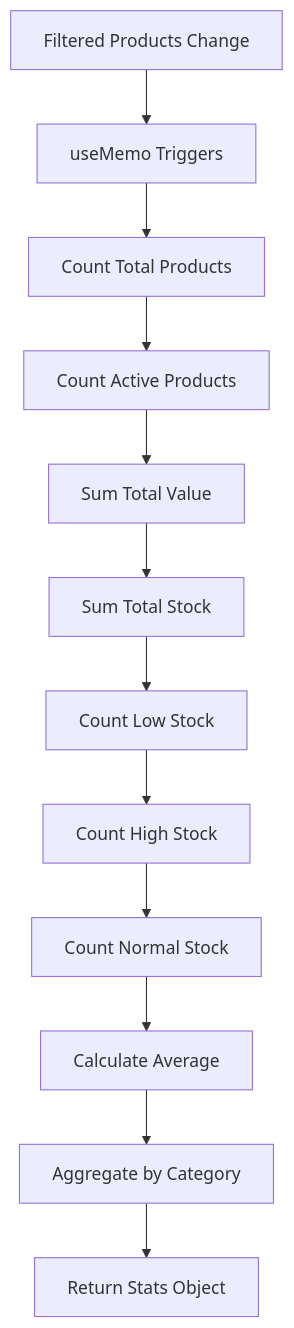
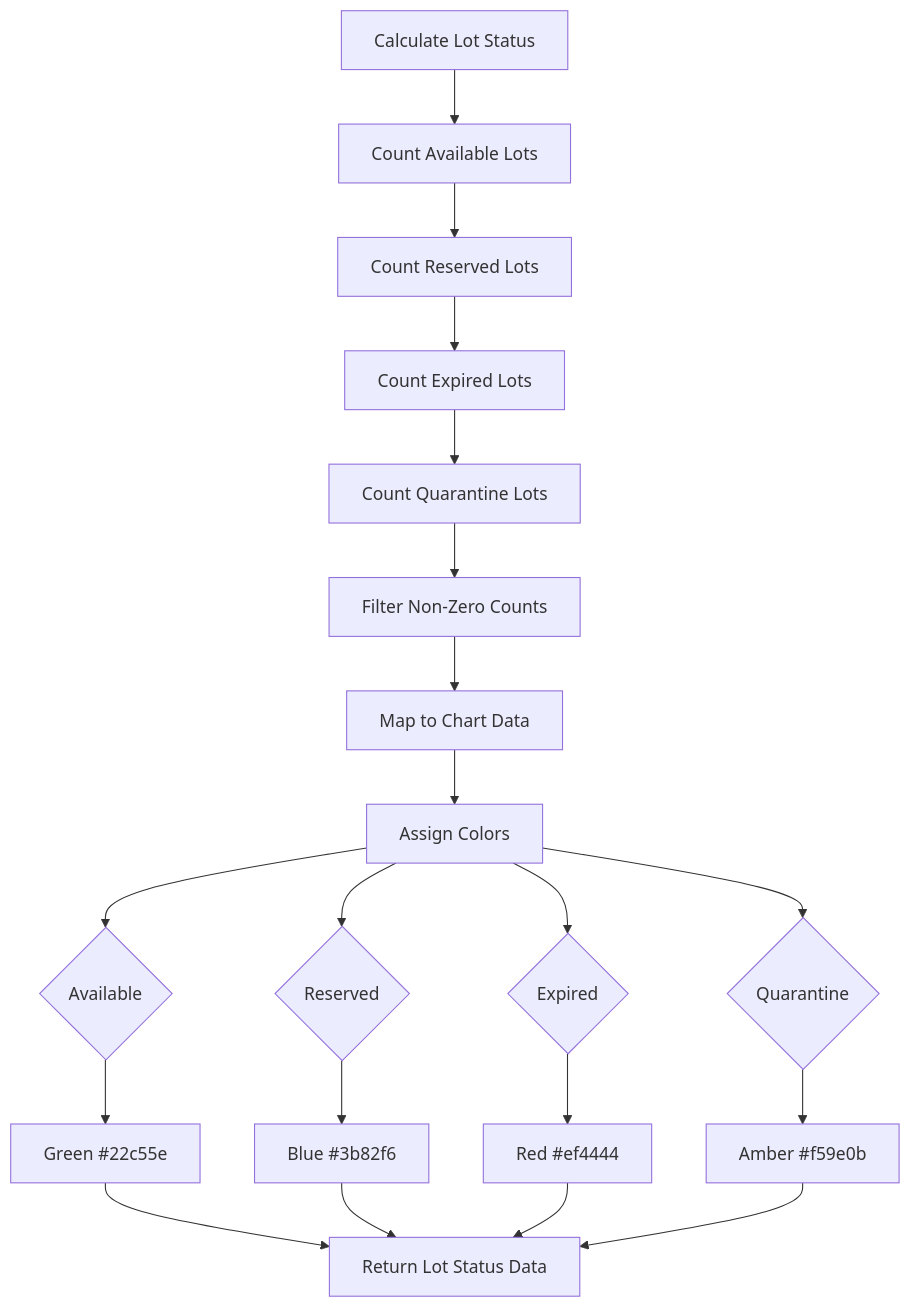
Before and after one commit to PeakMNA/carmen: the ninth of 16 diagrams in docs/app/inventory-management/stock-overview/stock-cards/FD-stock-cards.md, drawn with Mermaid. The commit also changed other lines of this file and 473 other files, not shown here.

````diff
--- a/docs/app/inventory-management/stock-overview/stock-cards/FD-stock-cards.md
+++ b/docs/app/inventory-management/stock-overview/stock-cards/FD-stock-cards.md
@@ -136,14 +200,22 @@
 ```mermaid
 flowchart TD
-    A[Filtered Products Change] --> B[useMemo Triggers]
-    B --> C[Count Total Products]
-    C --> D[Count Active Products]
-    D --> E[Sum Total Value]
-    E --> F[Sum Total Stock]
-    F --> G[Count Low Stock]
-    G --> H[Count High Stock]
-    H --> I[Count Normal Stock]
-    I --> J[Calculate Average]
-    J --> K[Aggregate by Category]
-    K --> L[Return Stats Object]
+    A[Calculate Lot Status] --> B[Count Available Lots]
+    B --> C[Count Reserved Lots]
+    C --> D[Count Expired Lots]
+    D --> E[Count Quarantine Lots]
+    E --> F[Filter Non-Zero Counts]
+    F --> G[Map to Chart Data]
+    G --> H[Assign Colors]
+    H --> I{Available}
+    I --> J[Green #22c55e]
+    H --> K{Reserved}
+    K --> L[Blue #3b82f6]
+    H --> M{Expired}
+    M --> N[Red #ef4444]
+    H --> O{Quarantine}
+    O --> P[Amber #f59e0b]
+    J --> Q[Return Lot Status Data]
+    L --> Q
+    N --> Q
+    P --> Q
 ```
````
